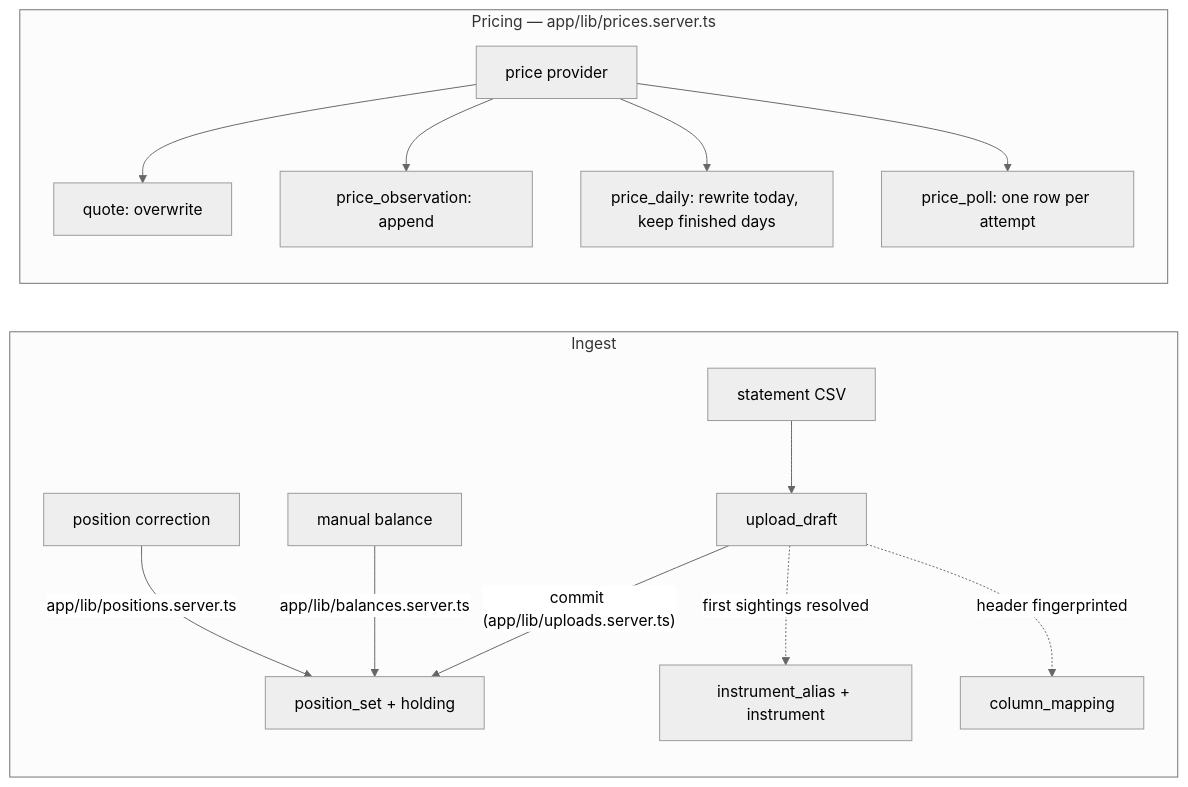
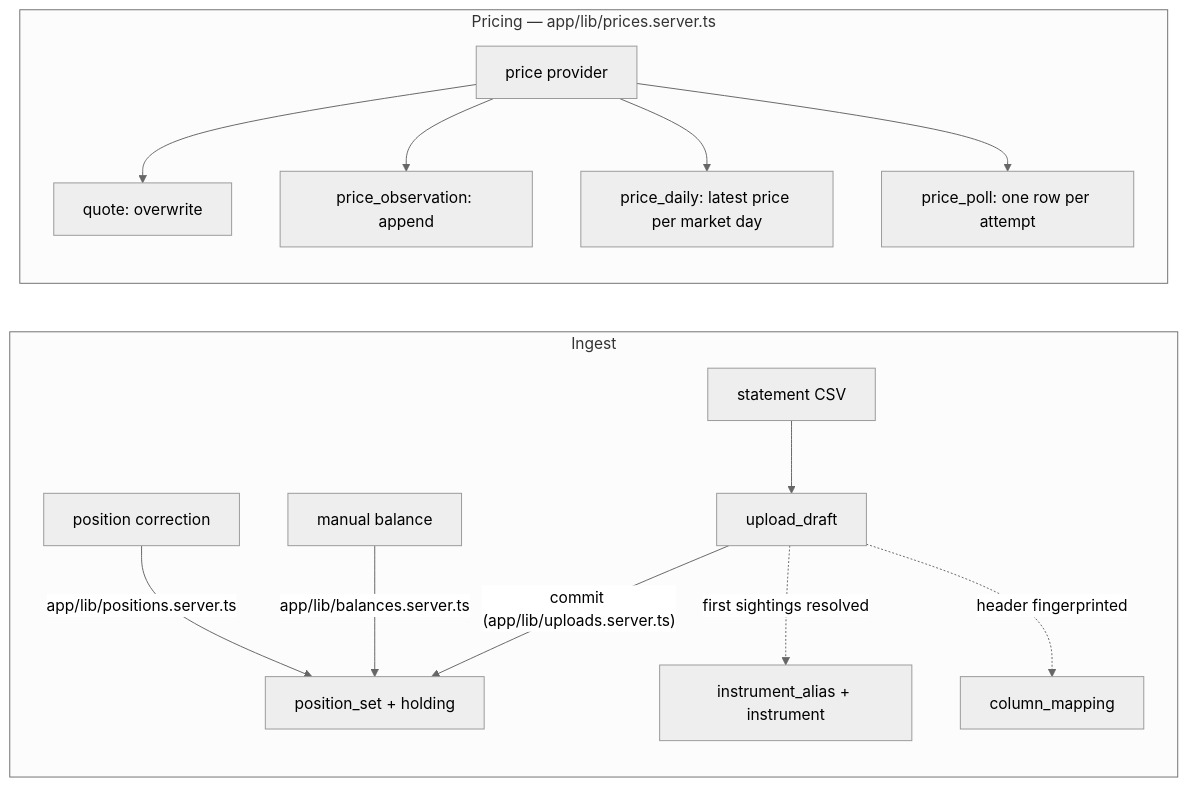
Before and after one commit to chethan123/portfolio: the second of 2 diagrams in docs/data-model.md, drawn with Mermaid (neutral theme). The commit also changed other lines of this file, not shown here.

First line of the commit message:
State the price spine's rewrite rule as the code states it

````diff
--- a/docs/data-model.md
+++ b/docs/data-model.md
@@ -517,17 +520,17 @@
 ```mermaid
 flowchart LR
     subgraph ingest [Ingest]
         CSV[statement CSV] --> UD[upload_draft]
         UD -->|"commit (app/lib/uploads.server.ts)"| PS[position_set + holding]
         MB[manual balance] -->|app/lib/balances.server.ts| PS
         PC[position correction] -->|app/lib/positions.server.ts| PS
         UD -.->|first sightings resolved| IA[instrument_alias + instrument]
         UD -.->|header fingerprinted| CM[column_mapping]
     end
     subgraph pricing [Pricing — app/lib/prices.server.ts]
         P[price provider] --> Q[quote: overwrite]
         P --> PO[price_observation: append]
-        P --> PD[price_daily: rewrite today, keep finished days]
+        P --> PD[price_daily: latest price per market day]
         P --> PL[price_poll: one row per attempt]
     end
 ```
````
